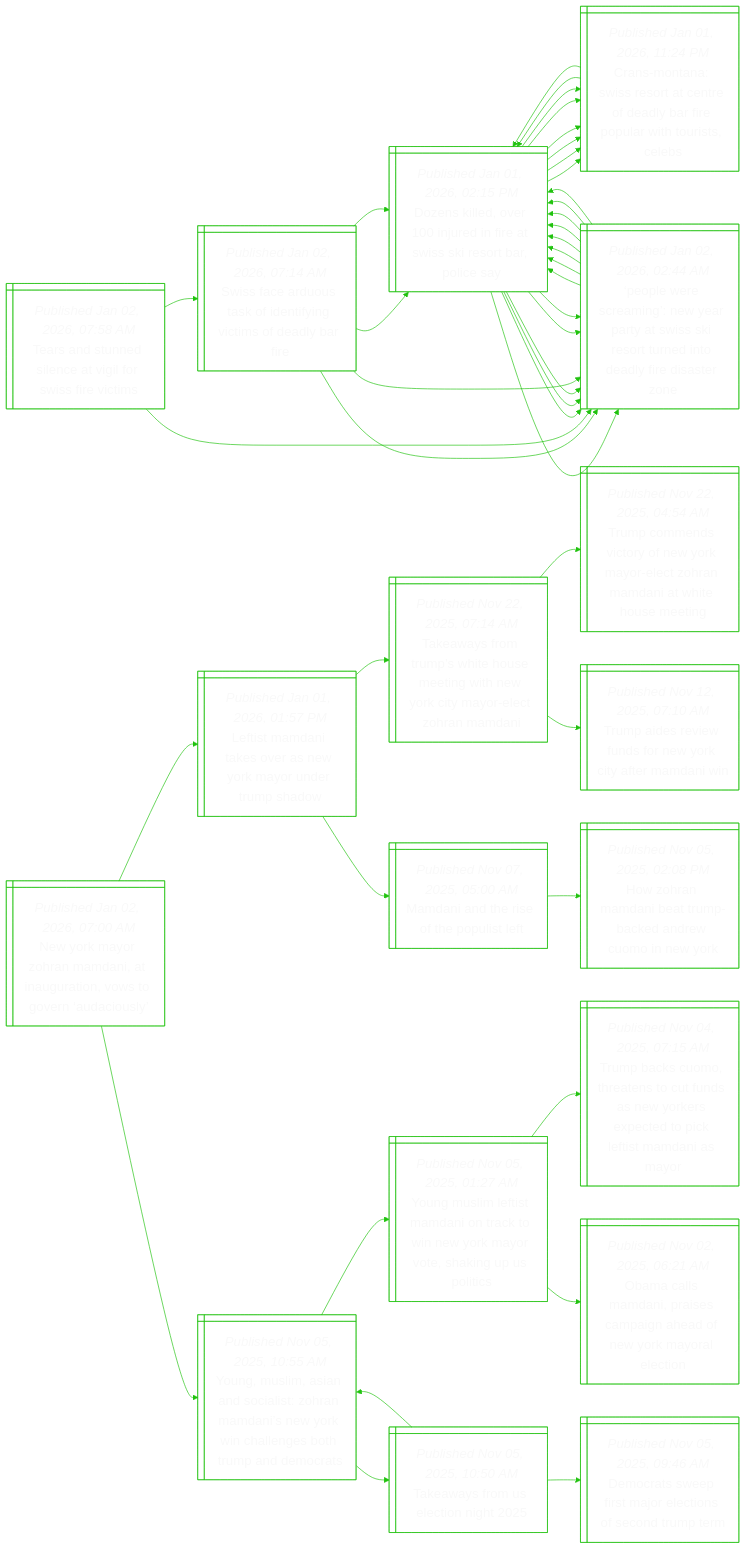
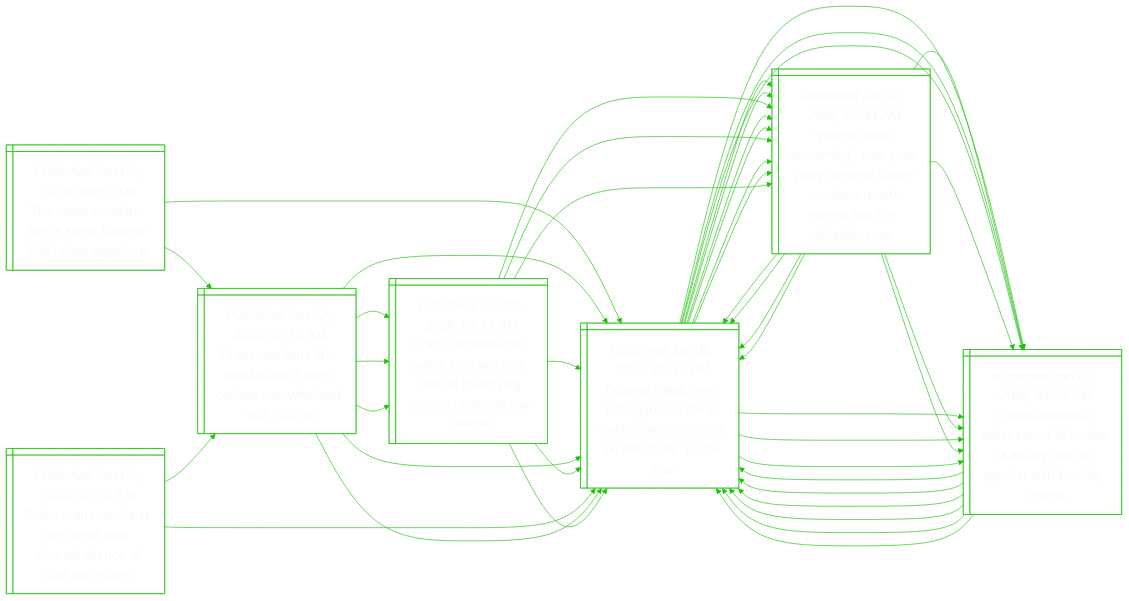
One commit to notJmes/notJmes changed the diagram in README.md. Above: the diagram before and after it, drawn with Mermaid. The commit also changed other lines of this file, not shown here.

````diff
--- a/README.md
+++ b/README.md
@@ -16,139 +16,142 @@
 flowchart LR
 classDef txtsize font-size:20px;
 
-Tausciosei@{ shape: win-pane, label: "_Published Jan 02, 2026, 07:58 AM_
-Tears and stunned silence at vigil for swiss fire victims" }
-Sfrsonicodr@{ shape: win-pane, label: "_Published Jan 02, 2026, 07:14 AM_
-Swiss face arduous task of identifying victims of deadly bar fire" }
-Dserrftsebla@{ shape: win-pane, label: "_Published Jan 01, 2026, 02:15 PM_
-Dozens killed, over 100 injured in fire at swiss ski resort bar, police say" }
+TanfStdtess@{ shape: win-pane, label: "_Published Jan 02, 2026, 09:55 AM_
+The crans-montana fire: a swiss tragedy that raises questions" }
+Dserrftssairpe@{ shape: win-pane, label: "_Published Jan 01, 2026, 02:15 PM_
+Dozens killed, over 100 injured in fire at swiss crans-montana ski resort bar, police say" }
 CMnsoceaaeltrcs@{ shape: win-pane, label: "_Published Jan 01, 2026, 11:24 PM_
 Crans-montana: swiss resort at centre of deadly bar fire popular with tourists, celebs" }
-Pesmeryiirntdraz@{ shape: win-pane, label: "_Published Jan 02, 2026, 02:44 AM_
-‘people were screaming’: new year party at swiss ski resort turned into deadly fire disaster zone" }
-Pesmeryiirntdraz@{ shape: win-pane, label: "_Published Jan 02, 2026, 02:44 AM_
-‘people were screaming’: new year party at swiss ski resort turned into deadly fire disaster zone" }
-Dserrftsebla@{ shape: win-pane, label: "_Published Jan 01, 2026, 02:15 PM_
-Dozens killed, over 100 injured in fire at swiss ski resort bar, police say" }
-Dserrftsebla@{ shape: win-pane, label: "_Published Jan 01, 2026, 02:15 PM_
-Dozens killed, over 100 injured in fire at swiss ski resort bar, police say" }
-Pesmeryiirntdraz@{ shape: win-pane, label: "_Published Jan 02, 2026, 02:44 AM_
-‘people were screaming’: new year party at swiss ski resort turned into deadly fire disaster zone" }
-Dserrftsebla@{ shape: win-pane, label: "_Published Jan 01, 2026, 02:15 PM_
-Dozens killed, over 100 injured in fire at swiss ski resort bar, police say" }
+Dserrftssairpe@{ shape: win-pane, label: "_Published Jan 01, 2026, 02:15 PM_
+Dozens killed, over 100 injured in fire at swiss crans-montana ski resort bar, police say" }
+Dserrftssairpe@{ shape: win-pane, label: "_Published Jan 01, 2026, 02:15 PM_
+Dozens killed, over 100 injured in fire at swiss crans-montana ski resort bar, police say" }
+Pesmeryianrteodtn@{ shape: win-pane, label: "_Published Jan 02, 2026, 02:44 AM_
+‘people were screaming’: new year party at swiss crans-montana resort turned into fire disaster zone" }
+Dserrftssairpe@{ shape: win-pane, label: "_Published Jan 01, 2026, 02:15 PM_
+Dozens killed, over 100 injured in fire at swiss crans-montana ski resort bar, police say" }
 CMnsoceaaeltrcs@{ shape: win-pane, label: "_Published Jan 01, 2026, 11:24 PM_
 Crans-montana: swiss resort at centre of deadly bar fire popular with tourists, celebs" }
-Pesmeryiirntdraz@{ shape: win-pane, label: "_Published Jan 02, 2026, 02:44 AM_
-‘people were screaming’: new year party at swiss ski resort turned into deadly fire disaster zone" }
-Dserrftsebla@{ shape: win-pane, label: "_Published Jan 01, 2026, 02:15 PM_
-Dozens killed, over 100 injured in fire at swiss ski resort bar, police say" }
+CMneznrtvewis@{ shape: win-pane, label: "_Published Jan 02, 2026, 09:10 AM_
+Crans-montana fire: switzerland’s burn centres overwhelmed with victims" }
+Dserrftssairpe@{ shape: win-pane, label: "_Published Jan 01, 2026, 02:15 PM_
+Dozens killed, over 100 injured in fire at swiss crans-montana ski resort bar, police say" }
 CMnsoceaaeltrcs@{ shape: win-pane, label: "_Published Jan 01, 2026, 11:24 PM_
 Crans-montana: swiss resort at centre of deadly bar fire popular with tourists, celebs" }
-Pesmeryiirntdraz@{ shape: win-pane, label: "_Published Jan 02, 2026, 02:44 AM_
-‘people were screaming’: new year party at swiss ski resort turned into deadly fire disaster zone" }
+Pesmeryianrteodtn@{ shape: win-pane, label: "_Published Jan 02, 2026, 02:44 AM_
+‘people were screaming’: new year party at swiss crans-montana resort turned into fire disaster zone" }
+CMnesaukeyisaae@{ shape: win-pane, label: "_Published Jan 02, 2026, 07:14 AM_
+Crans-montana fire: swiss face arduous task of identifying victims of deadly bar inferno" }
+Dserrftssairpe@{ shape: win-pane, label: "_Published Jan 01, 2026, 02:15 PM_
+Dozens killed, over 100 injured in fire at swiss crans-montana ski resort bar, police say" }
+Pesmeryianrteodtn@{ shape: win-pane, label: "_Published Jan 02, 2026, 02:44 AM_
+‘people were screaming’: new year party at swiss crans-montana resort turned into fire disaster zone" }
 
-Tausciosei:::txtsize --> Sfrsonicodr:::txtsize
-Sfrsonicodr:::txtsize --> Dserrftsebla:::txtsize
-Dserrftsebla:::txtsize --> CMnsoceaaeltrcs:::txtsize
-Dserrftsebla:::txtsize --> Pesmeryiirntdraz:::txtsize
-Sfrsonicodr:::txtsize --> Pesmeryiirntdraz:::txtsize
-Pesmeryiirntdraz:::txtsize --> Dserrftsebla:::txtsize
-Pesmeryiirntdraz:::txtsize --> Dserrftsebla:::txtsize
-Tausciosei:::txtsize --> Pesmeryiirntdraz:::txtsize
-Pesmeryiirntdraz:::txtsize --> Dserrftsebla:::txtsize
-Dserrftsebla:::txtsize --> CMnsoceaaeltrcs:::txtsize
-Dserrftsebla:::txtsize --> Pesmeryiirntdraz:::txtsize
-Pesmeryiirntdraz:::txtsize --> Dserrftsebla:::txtsize
-Dserrftsebla:::txtsize --> CMnsoceaaeltrcs:::txtsize
-Dserrftsebla:::txtsize --> Pesmeryiirntdraz:::txtsize
+TanfStdtess:::txtsize --> Dserrftssairpe:::txtsize
+Dserrftssairpe:::txtsize --> CMnsoceaaeltrcs:::txtsize
+CMnsoceaaeltrcs:::txtsize --> Dserrftssairpe:::txtsize
+CMnsoceaaeltrcs:::txtsize --> Dserrftssairpe:::txtsize
+Dserrftssairpe:::txtsize --> Pesmeryianrteodtn:::txtsize
+Pesmeryianrteodtn:::txtsize --> Dserrftssairpe:::txtsize
+Pesmeryianrteodtn:::txtsize --> CMnsoceaaeltrcs:::txtsize
+TanfStdtess:::txtsize --> CMneznrtvewis:::txtsize
+CMneznrtvewis:::txtsize --> Dserrftssairpe:::txtsize
+Dserrftssairpe:::txtsize --> CMnsoceaaeltrcs:::txtsize
+Dserrftssairpe:::txtsize --> Pesmeryianrteodtn:::txtsize
+CMneznrtvewis:::txtsize --> CMnesaukeyisaae:::txtsize
+CMnesaukeyisaae:::txtsize --> Dserrftssairpe:::txtsize
+CMnesaukeyisaae:::txtsize --> Pesmeryianrteodtn:::txtsize
 
-Sfrsonicodr@{ shape: win-pane, label: "_Published Jan 02, 2026, 07:14 AM_
-Swiss face arduous task of identifying victims of deadly bar fire" }
-Dserrftsebla@{ shape: win-pane, label: "_Published Jan 01, 2026, 02:15 PM_
-Dozens killed, over 100 injured in fire at swiss ski resort bar, police say" }
+CMneznrtvewis@{ shape: win-pane, label: "_Published Jan 02, 2026, 09:10 AM_
+Crans-montana fire: switzerland’s burn centres overwhelmed with victims" }
+Dserrftssairpe@{ shape: win-pane, label: "_Published Jan 01, 2026, 02:15 PM_
+Dozens killed, over 100 injured in fire at swiss crans-montana ski resort bar, police say" }
 CMnsoceaaeltrcs@{ shape: win-pane, label: "_Published Jan 01, 2026, 11:24 PM_
 Crans-montana: swiss resort at centre of deadly bar fire popular with tourists, celebs" }
-Dserrftsebla@{ shape: win-pane, label: "_Published Jan 01, 2026, 02:15 PM_
-Dozens killed, over 100 injured in fire at swiss ski resort bar, police say" }
-Dserrftsebla@{ shape: win-pane, label: "_Published Jan 01, 2026, 02:15 PM_
-Dozens killed, over 100 injured in fire at swiss ski resort bar, police say" }
-Pesmeryiirntdraz@{ shape: win-pane, label: "_Published Jan 02, 2026, 02:44 AM_
-‘people were screaming’: new year party at swiss ski resort turned into deadly fire disaster zone" }
-Dserrftsebla@{ shape: win-pane, label: "_Published Jan 01, 2026, 02:15 PM_
-Dozens killed, over 100 injured in fire at swiss ski resort bar, police say" }
-Dserrftsebla@{ shape: win-pane, label: "_Published Jan 01, 2026, 02:15 PM_
-Dozens killed, over 100 injured in fire at swiss ski resort bar, police say" }
-Pesmeryiirntdraz@{ shape: win-pane, label: "_Published Jan 02, 2026, 02:44 AM_
-‘people were screaming’: new year party at swiss ski resort turned into deadly fire disaster zone" }
-Dserrftsebla@{ shape: win-pane, label: "_Published Jan 01, 2026, 02:15 PM_
-Dozens killed, over 100 injured in fire at swiss ski resort bar, police say" }
+Dserrftssairpe@{ shape: win-pane, label: "_Published Jan 01, 2026, 02:15 PM_
+Dozens killed, over 100 injured in fire at swiss crans-montana ski resort bar, police say" }
+Dserrftssairpe@{ shape: win-pane, label: "_Published Jan 01, 2026, 02:15 PM_
+Dozens killed, over 100 injured in fire at swiss crans-montana ski resort bar, police say" }
+Pesmeryianrteodtn@{ shape: win-pane, label: "_Published Jan 02, 2026, 02:44 AM_
+‘people were screaming’: new year party at swiss crans-montana resort turned into fire disaster zone" }
+Dserrftssairpe@{ shape: win-pane, label: "_Published Jan 01, 2026, 02:15 PM_
+Dozens killed, over 100 injured in fire at swiss crans-montana ski resort bar, police say" }
 CMnsoceaaeltrcs@{ shape: win-pane, label: "_Published Jan 01, 2026, 11:24 PM_
 Crans-montana: swiss resort at centre of deadly bar fire popular with tourists, celebs" }
-Pesmeryiirntdraz@{ shape: win-pane, label: "_Published Jan 02, 2026, 02:44 AM_
-‘people were screaming’: new year party at swiss ski resort turned into deadly fire disaster zone" }
-Dserrftsebla@{ shape: win-pane, label: "_Published Jan 01, 2026, 02:15 PM_
-Dozens killed, over 100 injured in fire at swiss ski resort bar, police say" }
+CMnesaukeyisaae@{ shape: win-pane, label: "_Published Jan 02, 2026, 07:14 AM_
+Crans-montana fire: swiss face arduous task of identifying victims of deadly bar inferno" }
+Dserrftssairpe@{ shape: win-pane, label: "_Published Jan 01, 2026, 02:15 PM_
+Dozens killed, over 100 injured in fire at swiss crans-montana ski resort bar, police say" }
 CMnsoceaaeltrcs@{ shape: win-pane, label: "_Published Jan 01, 2026, 11:24 PM_
 Crans-montana: swiss resort at centre of deadly bar fire popular with tourists, celebs" }
-Pesmeryiirntdraz@{ shape: win-pane, label: "_Published Jan 02, 2026, 02:44 AM_
-‘people were screaming’: new year party at swiss ski resort turned into deadly fire disaster zone" }
+Pesmeryianrteodtn@{ shape: win-pane, label: "_Published Jan 02, 2026, 02:44 AM_
+‘people were screaming’: new year party at swiss crans-montana resort turned into fire disaster zone" }
+Pesmeryianrteodtn@{ shape: win-pane, label: "_Published Jan 02, 2026, 02:44 AM_
+‘people were screaming’: new year party at swiss crans-montana resort turned into fire disaster zone" }
+Dserrftssairpe@{ shape: win-pane, label: "_Published Jan 01, 2026, 02:15 PM_
+Dozens killed, over 100 injured in fire at swiss crans-montana ski resort bar, police say" }
+CMnsoceaaeltrcs@{ shape: win-pane, label: "_Published Jan 01, 2026, 11:24 PM_
+Crans-montana: swiss resort at centre of deadly bar fire popular with tourists, celebs" }
 
-Sfrsonicodr:::txtsize --> Dserrftsebla:::txtsize
-Dserrftsebla:::txtsize --> CMnsoceaaeltrcs:::txtsize
-CMnsoceaaeltrcs:::txtsize --> Dserrftsebla:::txtsize
-CMnsoceaaeltrcs:::txtsize --> Dserrftsebla:::txtsize
-Dserrftsebla:::txtsize --> Pesmeryiirntdraz:::txtsize
-Pesmeryiirntdraz:::txtsize --> Dserrftsebla:::txtsize
-Pesmeryiirntdraz:::txtsize --> Dserrftsebla:::txtsize
-Sfrsonicodr:::txtsize --> Pesmeryiirntdraz:::txtsize
-Pesmeryiirntdraz:::txtsize --> Dserrftsebla:::txtsize
-Dserrftsebla:::txtsize --> CMnsoceaaeltrcs:::txtsize
-Dserrftsebla:::txtsize --> Pesmeryiirntdraz:::txtsize
-Pesmeryiirntdraz:::txtsize --> Dserrftsebla:::txtsize
-Dserrftsebla:::txtsize --> CMnsoceaaeltrcs:::txtsize
-Dserrftsebla:::txtsize --> Pesmeryiirntdraz:::txtsize
+CMneznrtvewis:::txtsize --> Dserrftssairpe:::txtsize
+Dserrftssairpe:::txtsize --> CMnsoceaaeltrcs:::txtsize
+CMnsoceaaeltrcs:::txtsize --> Dserrftssairpe:::txtsize
+CMnsoceaaeltrcs:::txtsize --> Dserrftssairpe:::txtsize
+Dserrftssairpe:::txtsize --> Pesmeryianrteodtn:::txtsize
+Pesmeryianrteodtn:::txtsize --> Dserrftssairpe:::txtsize
+Pesmeryianrteodtn:::txtsize --> CMnsoceaaeltrcs:::txtsize
+CMneznrtvewis:::txtsize --> CMnesaukeyisaae:::txtsize
+CMnesaukeyisaae:::txtsize --> Dserrftssairpe:::txtsize
+Dserrftssairpe:::txtsize --> CMnsoceaaeltrcs:::txtsize
+Dserrftssairpe:::txtsize --> Pesmeryianrteodtn:::txtsize
+CMnesaukeyisaae:::txtsize --> Pesmeryianrteodtn:::txtsize
+Pesmeryianrteodtn:::txtsize --> Dserrftssairpe:::txtsize
+Pesmeryianrteodtn:::txtsize --> CMnsoceaaeltrcs:::txtsize
 
-Nrormautogncl@{ shape: win-pane, label: "_Published Jan 02, 2026, 07:00 AM_
-New york mayor zohran mamdani, at inauguration, vows to govern ‘audaciously’" }
-LsdavNroemd@{ shape: win-pane, label: "_Published Jan 01, 2026, 01:57 PM_
-Leftist mamdani takes over as new york mayor under trump shadow" }
-TwruhoegNryrtad@{ shape: win-pane, label: "_Published Nov 22, 2025, 07:14 AM_
-Takeaways from trump’s white house meeting with new york city mayor-elect zohran mamdani" }
-TcncoYaloMnhoeg@{ shape: win-pane, label: "_Published Nov 22, 2025, 04:54 AM_
-Trump commends victory of new york mayor-elect zohran mamdani at white house meeting" }
-TarwsekaMn@{ shape: win-pane, label: "_Published Nov 12, 2025, 07:10 AM_
-Trump aides review funds for new york city after mamdani win" }
-Mntshul@{ shape: win-pane, label: "_Published Nov 07, 2025, 05:00 AM_
-Mamdani and the rise of the populist left" }
-HhaiTbdemek@{ shape: win-pane, label: "_Published Nov 05, 2025, 02:08 PM_
-How zohran mamdani beat trump-backed andrew cuomo in new york" }
-YMmnoihaiYilehpea@{ shape: win-pane, label: "_Published Nov 05, 2025, 10:55 AM_
-Young, muslim, asian and socialist: zohran mamdani’s new york win challenges both trump and democrats" }
-YMmimociYaoauoc@{ shape: win-pane, label: "_Published Nov 05, 2025, 01:27 AM_
-Young muslim leftist mamdani on track to win new york mayor vote, shaking up us politics" }
-TbCttousoscolsdsr@{ shape: win-pane, label: "_Published Nov 04, 2025, 07:15 AM_
-Trump backs cuomo, threatens to cut funds as new yorkers expected to pick leftist mamdani as mayor" }
-OcMniagaekren@{ shape: win-pane, label: "_Published Nov 02, 2025, 06:21 AM_
-Obama calls mamdani, praises campaign ahead of new york mayoral election" }
-Twreig@{ shape: win-pane, label: "_Published Nov 05, 2025, 10:50 AM_
-Takeaways from us election night 2025" }
-YMmnoihaiYilehpea@{ shape: win-pane, label: "_Published Nov 05, 2025, 10:55 AM_
-Young, muslim, asian and socialist: zohran mamdani’s new york win challenges both trump and democrats" }
-Drwialosdp@{ shape: win-pane, label: "_Published Nov 05, 2025, 09:46 AM_
-Democrats sweep first major elections of second trump term" }
+SCMnestdnvfc@{ shape: win-pane, label: "_Published Jan 02, 2026, 07:58 AM_
+Swiss crans-montana fire: tears and stunned silence at vigil for victims" }
+Dserrftssairpe@{ shape: win-pane, label: "_Published Jan 01, 2026, 02:15 PM_
+Dozens killed, over 100 injured in fire at swiss crans-montana ski resort bar, police say" }
+CMnsoceaaeltrcs@{ shape: win-pane, label: "_Published Jan 01, 2026, 11:24 PM_
+Crans-montana: swiss resort at centre of deadly bar fire popular with tourists, celebs" }
+Dserrftssairpe@{ shape: win-pane, label: "_Published Jan 01, 2026, 02:15 PM_
+Dozens killed, over 100 injured in fire at swiss crans-montana ski resort bar, police say" }
+Dserrftssairpe@{ shape: win-pane, label: "_Published Jan 01, 2026, 02:15 PM_
+Dozens killed, over 100 injured in fire at swiss crans-montana ski resort bar, police say" }
+Pesmeryianrteodtn@{ shape: win-pane, label: "_Published Jan 02, 2026, 02:44 AM_
+‘people were screaming’: new year party at swiss crans-montana resort turned into fire disaster zone" }
+Dserrftssairpe@{ shape: win-pane, label: "_Published Jan 01, 2026, 02:15 PM_
+Dozens killed, over 100 injured in fire at swiss crans-montana ski resort bar, police say" }
+CMnsoceaaeltrcs@{ shape: win-pane, label: "_Published Jan 01, 2026, 11:24 PM_
+Crans-montana: swiss resort at centre of deadly bar fire popular with tourists, celebs" }
+CMneznrtvewis@{ shape: win-pane, label: "_Published Jan 02, 2026, 09:10 AM_
+Crans-montana fire: switzerland’s burn centres overwhelmed with victims" }
+Dserrftssairpe@{ shape: win-pane, label: "_Published Jan 01, 2026, 02:15 PM_
+Dozens killed, over 100 injured in fire at swiss crans-montana ski resort bar, police say" }
+CMnsoceaaeltrcs@{ shape: win-pane, label: "_Published Jan 01, 2026, 11:24 PM_
+Crans-montana: swiss resort at centre of deadly bar fire popular with tourists, celebs" }
+Pesmeryianrteodtn@{ shape: win-pane, label: "_Published Jan 02, 2026, 02:44 AM_
+‘people were screaming’: new year party at swiss crans-montana resort turned into fire disaster zone" }
+CMnesaukeyisaae@{ shape: win-pane, label: "_Published Jan 02, 2026, 07:14 AM_
+Crans-montana fire: swiss face arduous task of identifying victims of deadly bar inferno" }
+Dserrftssairpe@{ shape: win-pane, label: "_Published Jan 01, 2026, 02:15 PM_
+Dozens killed, over 100 injured in fire at swiss crans-montana ski resort bar, police say" }
+Pesmeryianrteodtn@{ shape: win-pane, label: "_Published Jan 02, 2026, 02:44 AM_
+‘people were screaming’: new year party at swiss crans-montana resort turned into fire disaster zone" }
 
-Nrormautogncl:::txtsize --> LsdavNroemd:::txtsize
-LsdavNroemd:::txtsize --> TwruhoegNryrtad:::txtsize
-TwruhoegNryrtad:::txtsize --> TcncoYaloMnhoeg:::txtsize
-TwruhoegNryrtad:::txtsize --> TarwsekaMn:::txtsize
-LsdavNroemd:::txtsize --> Mntshul:::txtsize
-Mntshul:::txtsize --> HhaiTbdemek:::txtsize
-Nrormautogncl:::txtsize --> YMmnoihaiYilehpea:::txtsize
-YMmnoihaiYilehpea:::txtsize --> YMmimociYaoauoc:::txtsize
-YMmimociYaoauoc:::txtsize --> TbCttousoscolsdsr:::txtsize
-YMmimociYaoauoc:::txtsize --> OcMniagaekren:::txtsize
-YMmnoihaiYilehpea:::txtsize --> Twreig:::txtsize
-Twreig:::txtsize --> YMmnoihaiYilehpea:::txtsize
-Twreig:::txtsize --> Drwialosdp:::txtsize
+SCMnestdnvfc:::txtsize --> Dserrftssairpe:::txtsize
+Dserrftssairpe:::txtsize --> CMnsoceaaeltrcs:::txtsize
+CMnsoceaaeltrcs:::txtsize --> Dserrftssairpe:::txtsize
+CMnsoceaaeltrcs:::txtsize --> Dserrftssairpe:::txtsize
+Dserrftssairpe:::txtsize --> Pesmeryianrteodtn:::txtsize
+Pesmeryianrteodtn:::txtsize --> Dserrftssairpe:::txtsize
+Pesmeryianrteodtn:::txtsize --> CMnsoceaaeltrcs:::txtsize
+SCMnestdnvfc:::txtsize --> CMneznrtvewis:::txtsize
+CMneznrtvewis:::txtsize --> Dserrftssairpe:::txtsize
+Dserrftssairpe:::txtsize --> CMnsoceaaeltrcs:::txtsize
+Dserrftssairpe:::txtsize --> Pesmeryianrteodtn:::txtsize
+CMneznrtvewis:::txtsize --> CMnesaukeyisaae:::txtsize
+CMnesaukeyisaae:::txtsize --> Dserrftssairpe:::txtsize
+CMnesaukeyisaae:::txtsize --> Pesmeryianrteodtn:::txtsize
 
 ```
````
